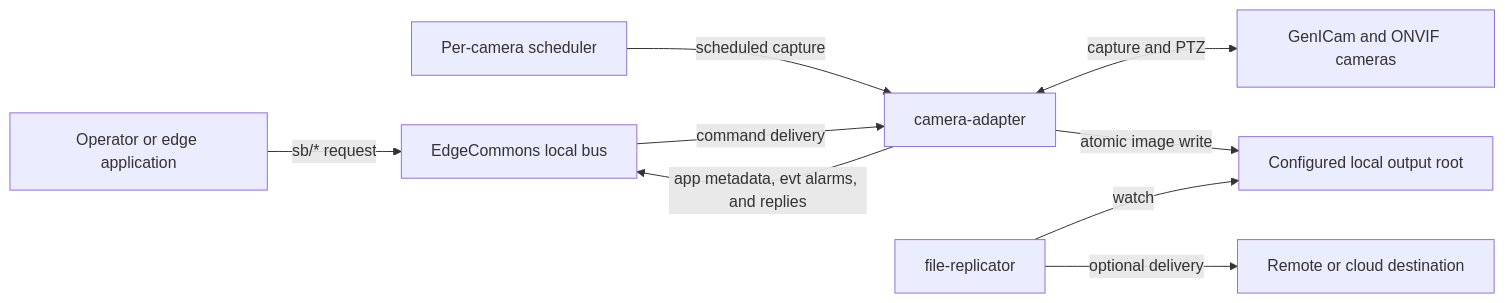
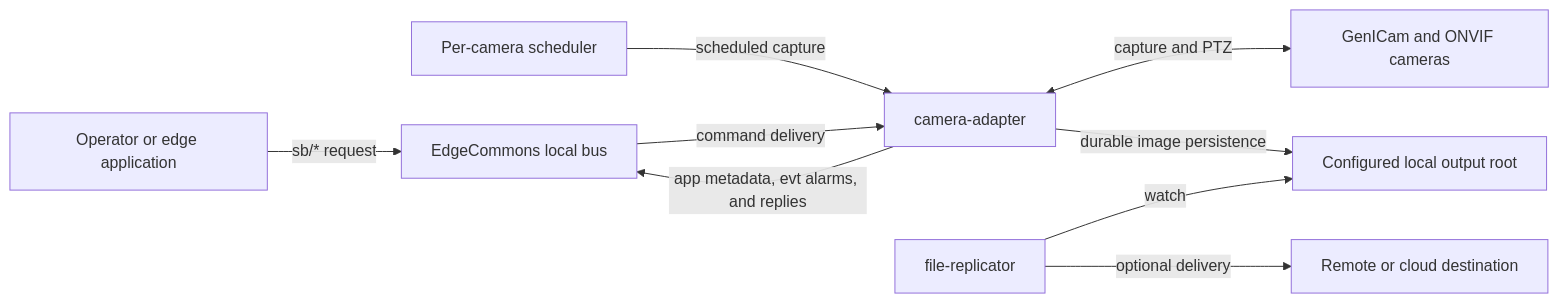
The first of 15 diagrams in DESIGN.md (edgecommons/camera-adapter), drawn with Mermaid before and after one commit. The commit also changed other lines of this file and 75 other files, not shown here.

Commit message:
feat(camera-adapter): implement camera adapter

````diff
--- a/DESIGN.md
+++ b/DESIGN.md
@@ -136,20 +136,20 @@
 ```mermaid
 flowchart LR
   Operator["Operator or edge application"]
   Scheduler["Per-camera scheduler"]
   CameraAdapter["camera-adapter"]
   Cameras["GenICam and ONVIF cameras"]
   Disk["Configured local output root"]
   Bus["EdgeCommons local bus"]
   Replicator["file-replicator"]
   Remote["Remote or cloud destination"]
 
   Operator -->|"sb/* request"| Bus
   Bus -->|"command delivery"| CameraAdapter
   Scheduler -->|"scheduled capture"| CameraAdapter
   CameraAdapter <-->|"capture and PTZ"| Cameras
-  CameraAdapter -->|"atomic image write"| Disk
+  CameraAdapter -->|"durable image persistence"| Disk
   CameraAdapter -->|"app metadata, evt alarms, and replies"| Bus
   Replicator -->|"watch"| Disk
   Replicator -->|"optional delivery"| Remote
 ```
````
